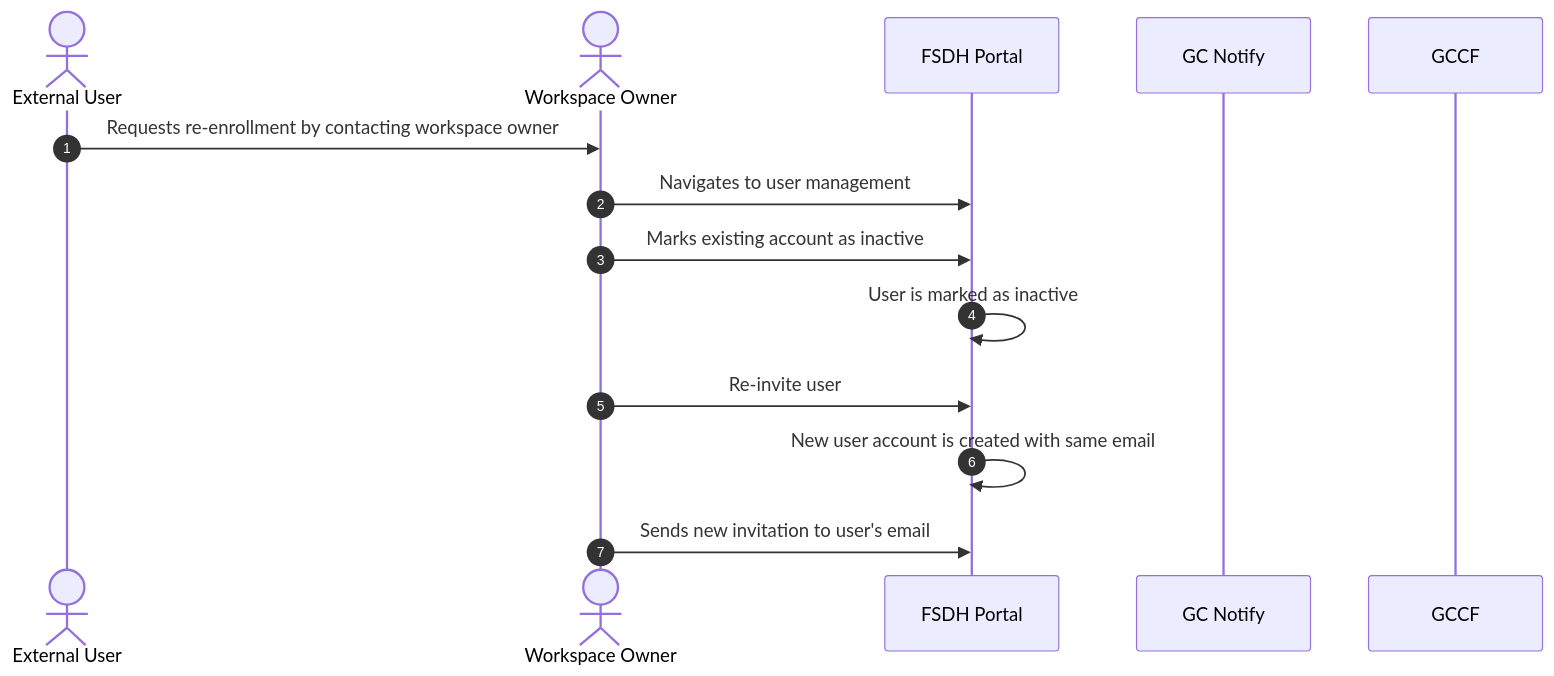
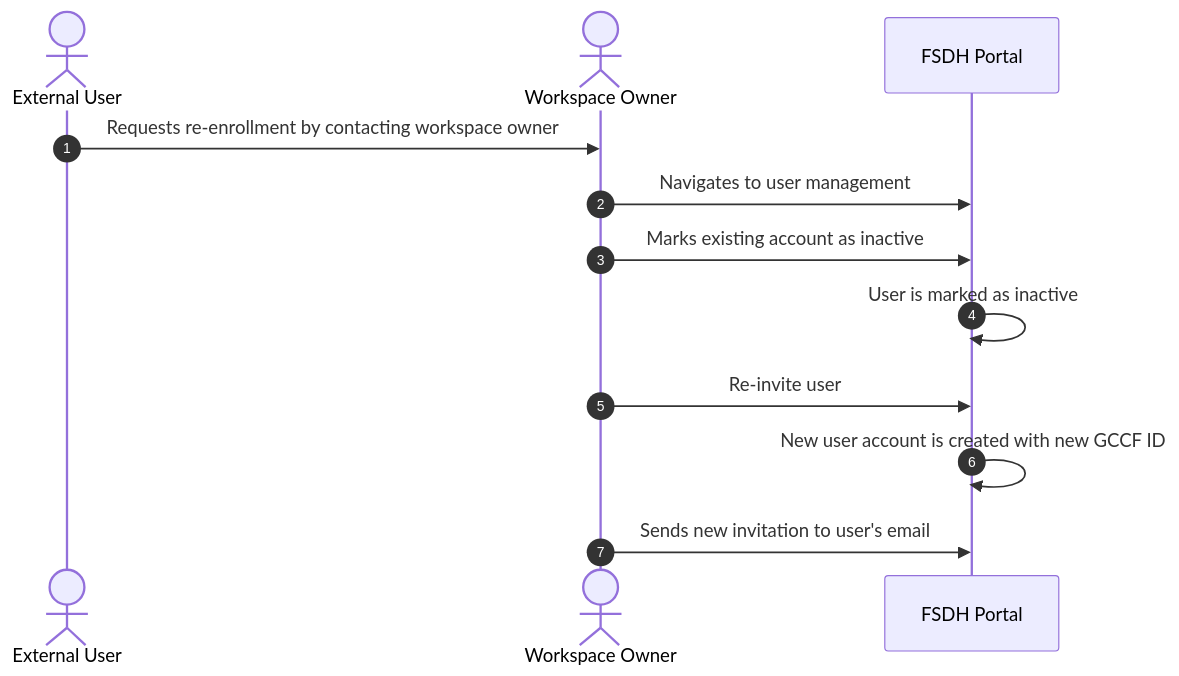
One commit to ssc-sp/datahub-docs changed the ninth of 12 diagrams in DeveloperGuide/GCCF/AuthenticationFlows.md. Above: the diagram before and after it, drawn with Mermaid. The commit also changed other lines of this file and 1 other file, not shown here.

Commit message:
updated authentication flow

````diff
--- a/DeveloperGuide/GCCF/AuthenticationFlows.md
+++ b/DeveloperGuide/GCCF/AuthenticationFlows.md
@@ -268,17 +269,15 @@
 ```mermaid
 sequenceDiagram
     actor User as External User
     actor Owner as Workspace Owner
     participant FSDH as FSDH Portal
-    participant Email as GC Notify
-    participant GCCF as GCCF
 
     autonumber
     User->>Owner: Requests re-enrollment by contacting workspace owner
     Owner->>FSDH: Navigates to user management
     Owner->>FSDH: Marks existing account as inactive
     FSDH->>FSDH: User is marked as inactive
     Owner->>FSDH: Re-invite user
-    FSDH->>FSDH: New user account is created with same email
+    FSDH->>FSDH: New user account is created with new GCCF ID
     Owner->>FSDH: Sends new invitation to user's email
 ```
````
